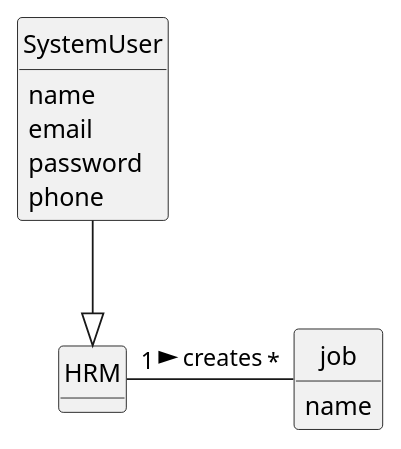
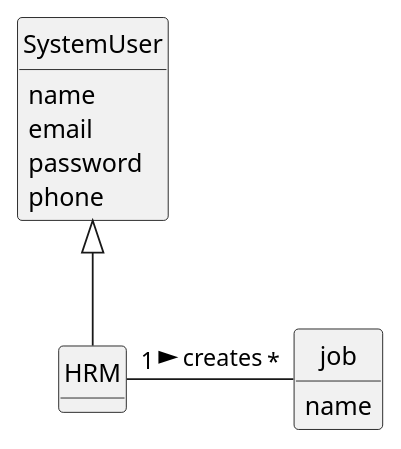
The diagram in docs/sprintA/us002/02.analysis/puml/us002-domain-model.puml (Departamento-de-Engenharia-Informatica/lei-24-s2-1do-g164), drawn with PlantUML before and after one commit. The commit also changed 7 other files, not shown here.

```diff
--- a/docs/sprintA/us002/02.analysis/puml/us002-domain-model.puml
+++ b/docs/sprintA/us002/02.analysis/puml/us002-domain-model.puml
@@ -1,34 +1,34 @@
 @startuml
 skinparam monochrome true
 skinparam packageStyle rectangle
 skinparam shadowing false
 
 'left to right direction
 
 skinparam classAttributeIconSize 0
 
 hide circle
 hide methods
 
 
 class SystemUser {
     name
     email
     password
     phone
 
 }
 class job
  {
    name
 }
 
 
 class HRM{
 
 }
 
 
 HRM "1" - "*" job: creates  >
-SystemUser --|> HRM
+SystemUser <|-- HRM
 @enduml
```
